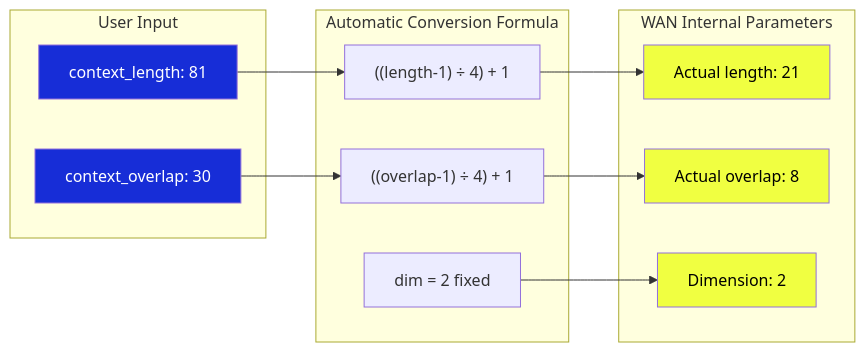
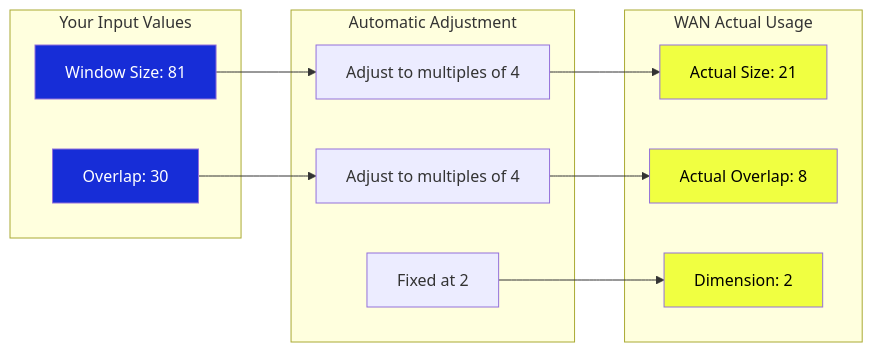
One commit to Comfy-Org/docs changed the second of 3 diagrams in built-in-nodes/WanContextWindowsManualNode.mdx. Above: the diagram before and after it, drawn with Mermaid. The commit also changed other lines of this file and 3 other files, not shown here.

Commit message:
Update context window docs

````diff
--- a/built-in-nodes/WanContextWindowsManualNode.mdx
+++ b/built-in-nodes/WanContextWindowsManualNode.mdx
@@ -104,29 +80,29 @@
 ```mermaid
 graph LR
-    subgraph User Input
-        A1[context_length: 81]
-        A2[context_overlap: 30]
+    subgraph Your Input Values
+        A1[Window Size: 81]
+        A2[Overlap: 30]
     end
     
-    subgraph Automatic Conversion Formula
-        B1["((length-1) ÷ 4) + 1"]
-        B2["((overlap-1) ÷ 4) + 1"]
-        B3[dim = 2 fixed]
+    subgraph Automatic Adjustment
+        B1[Adjust to multiples of 4]
+        B2[Adjust to multiples of 4]
+        B3[Fixed at 2]
     end
     
-    subgraph WAN Internal Parameters
-        C1[Actual length: 21]
-        C2[Actual overlap: 8]
+    subgraph WAN Actual Usage
+        C1[Actual Size: 21]
+        C2[Actual Overlap: 8]
         C3[Dimension: 2]
     end
     
     A1 --> B1 --> C1
     A2 --> B2 --> C2
     B3 --> C3
     
     style A1 fill:#172DD7,color:#ffffff
     style A2 fill:#172DD7,color:#ffffff
     style C1 fill:#F0FF41,color:#000000
     style C2 fill:#F0FF41,color:#000000
     style C3 fill:#F0FF41,color:#000000
 ```
````
